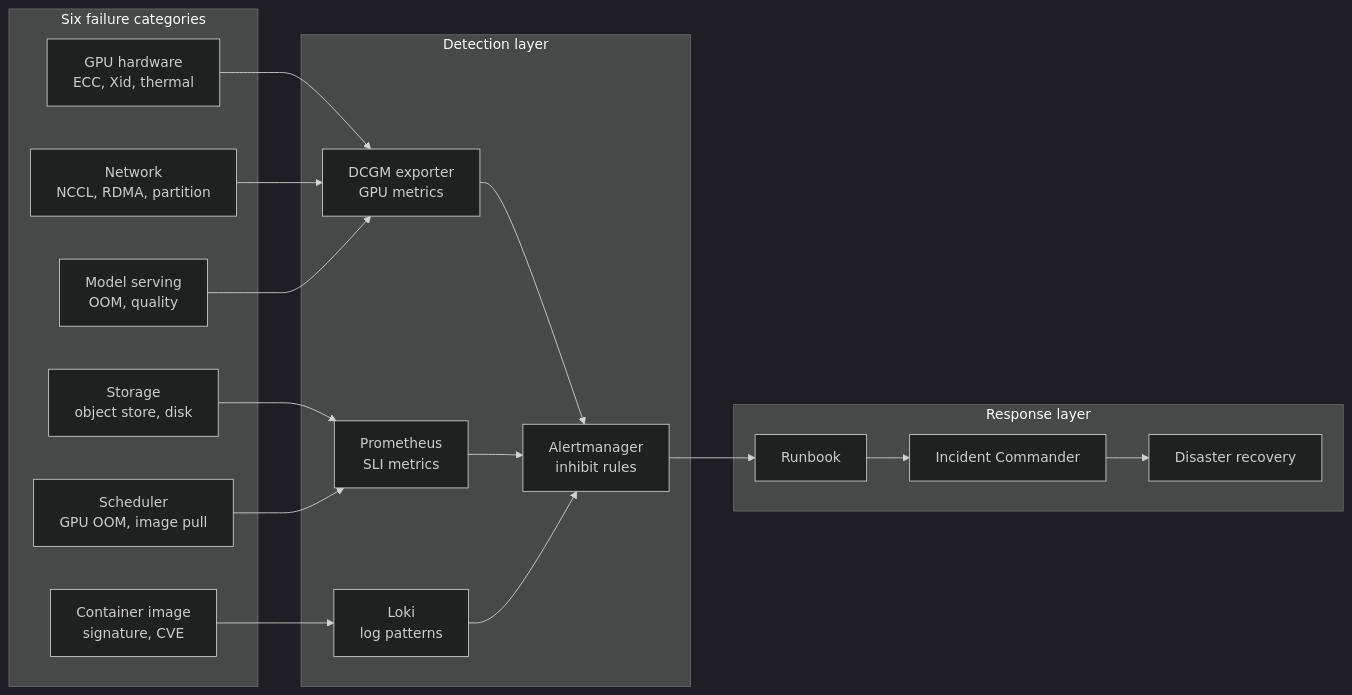
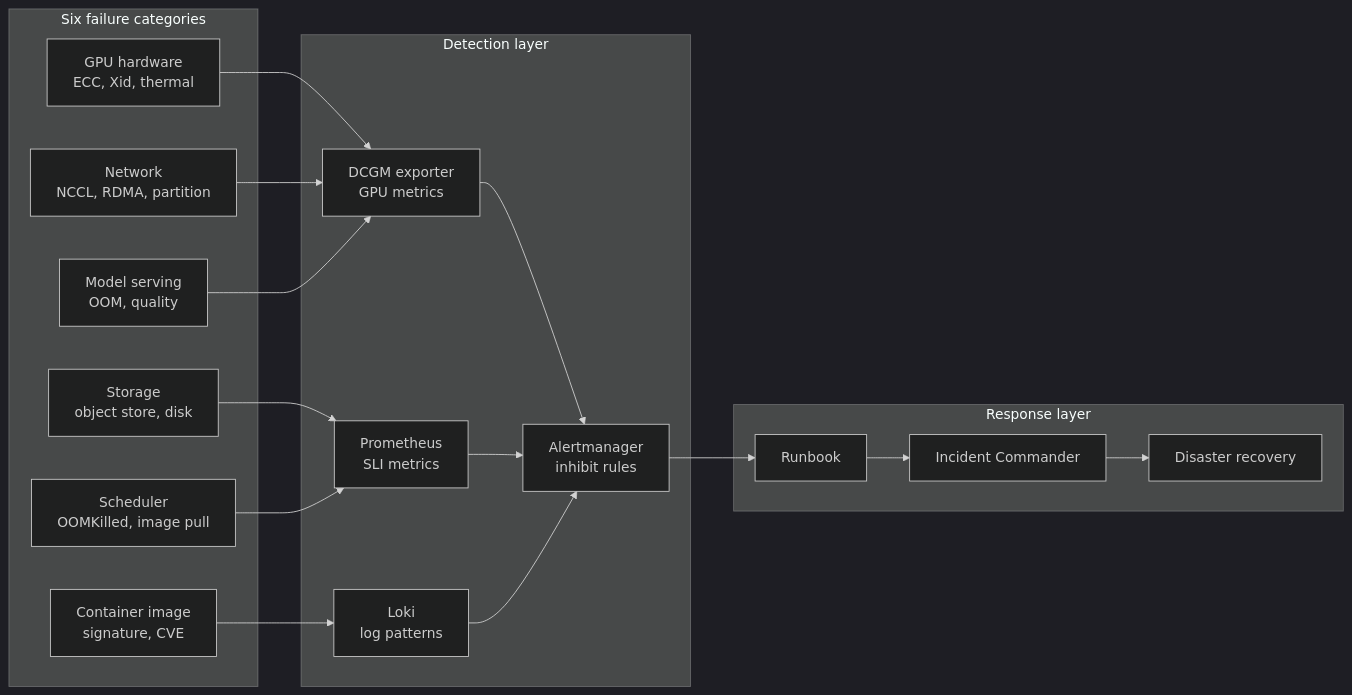
Before and after one commit to jithinpnjm/ai-infra-handbook: the diagram in docs/part-17-operations/07-failure-modes-and-detection.md, drawn with Mermaid (dark theme). The commit also changed other lines of this file and 7 other files, not shown here.

````diff
--- a/docs/part-17-operations/07-failure-modes-and-detection.md
+++ b/docs/part-17-operations/07-failure-modes-and-detection.md
@@ -28,38 +30,38 @@
 ```mermaid
 flowchart LR
     subgraph Categories["Six failure categories"]
         HW[GPU hardware<br/>ECC, Xid, thermal]
         NET[Network<br/>NCCL, RDMA, partition]
         STO[Storage<br/>object store, disk]
-        SCH[Scheduler<br/>GPU OOM, image pull]
+        SCH[Scheduler<br/>OOMKilled, image pull]
         IMG[Container image<br/>signature, CVE]
         SVC[Model serving<br/>OOM, quality]
     end
 
     subgraph Detection["Detection layer"]
         DCGM[DCGM exporter<br/>GPU metrics]
         PROM[Prometheus<br/>SLI metrics]
         LOGS[Loki<br/>log patterns]
         ALERT[Alertmanager<br/>inhibit rules]
     end
 
     subgraph Response["Response layer"]
         RB[Runbook]
         IC[Incident Commander]
         DR[Disaster recovery]
     end
 
     HW --> DCGM
     NET --> DCGM
     STO --> PROM
     SCH --> PROM
     IMG --> LOGS
     SVC --> DCGM
 
     DCGM --> ALERT
     PROM --> ALERT
     LOGS --> ALERT
     ALERT --> RB
     RB --> IC
     IC --> DR
 ```
````
